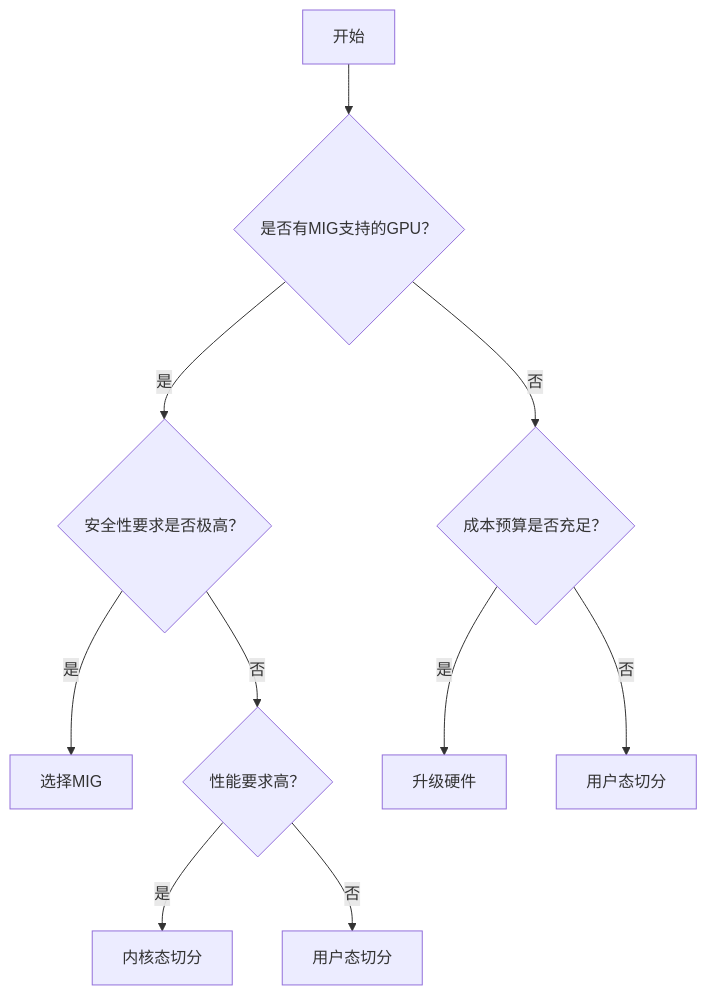
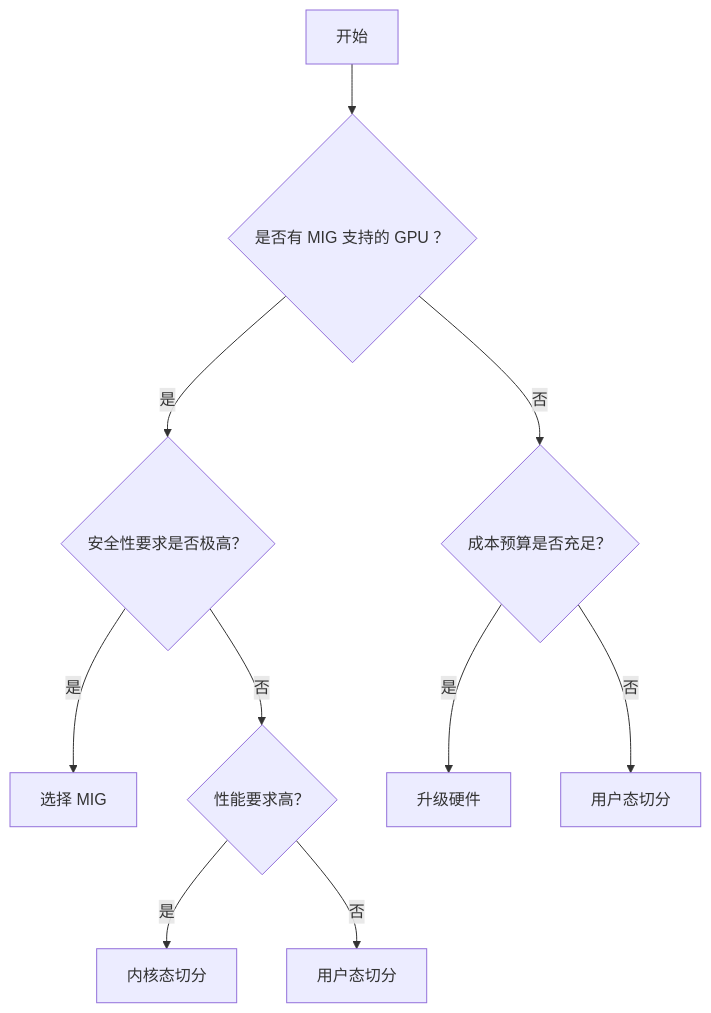
One commit to ForceInjection/AI-fundamentals changed the first of 2 diagrams in gpu_manager/第三部分：资源管理与优化篇.md. Above: the diagram before and after it, drawn with Mermaid. The commit also changed other lines of this file and 6 other files, not shown here.

````diff
--- a/gpu_manager/第三部分：资源管理与优化篇.md
+++ b/gpu_manager/第三部分：资源管理与优化篇.md
@@ -1076,12 +1076,12 @@
 ```mermaid
 flowchart TD
-    A[开始] --> B{是否有MIG支持的GPU？}
+    A[开始] --> B{是否有 MIG 支持的 GPU ？}
     B -->|是| C{安全性要求是否极高？}
     B -->|否| D{成本预算是否充足？}
-    C -->|是| E[选择MIG]
+    C -->|是| E[选择 MIG]
     C -->|否| F{性能要求高？}
     D -->|是| G[升级硬件]
     D -->|否| H[用户态切分]
     F -->|是| I[内核态切分]
     F -->|否| J[用户态切分]
 ```
````
